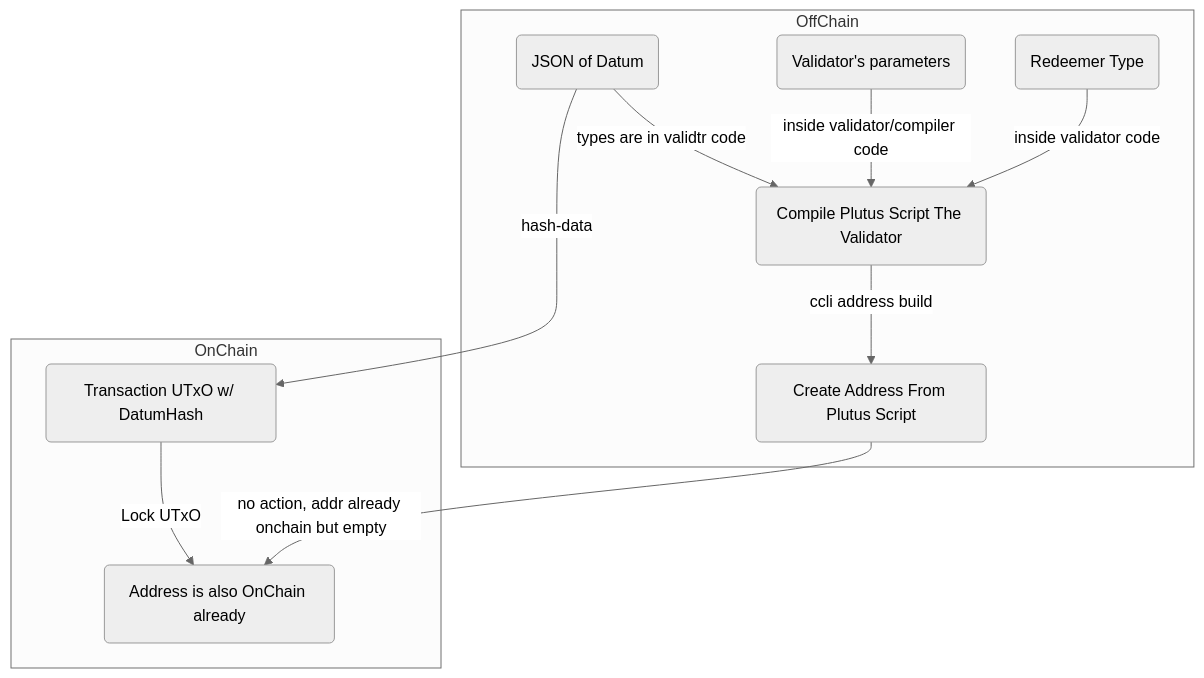
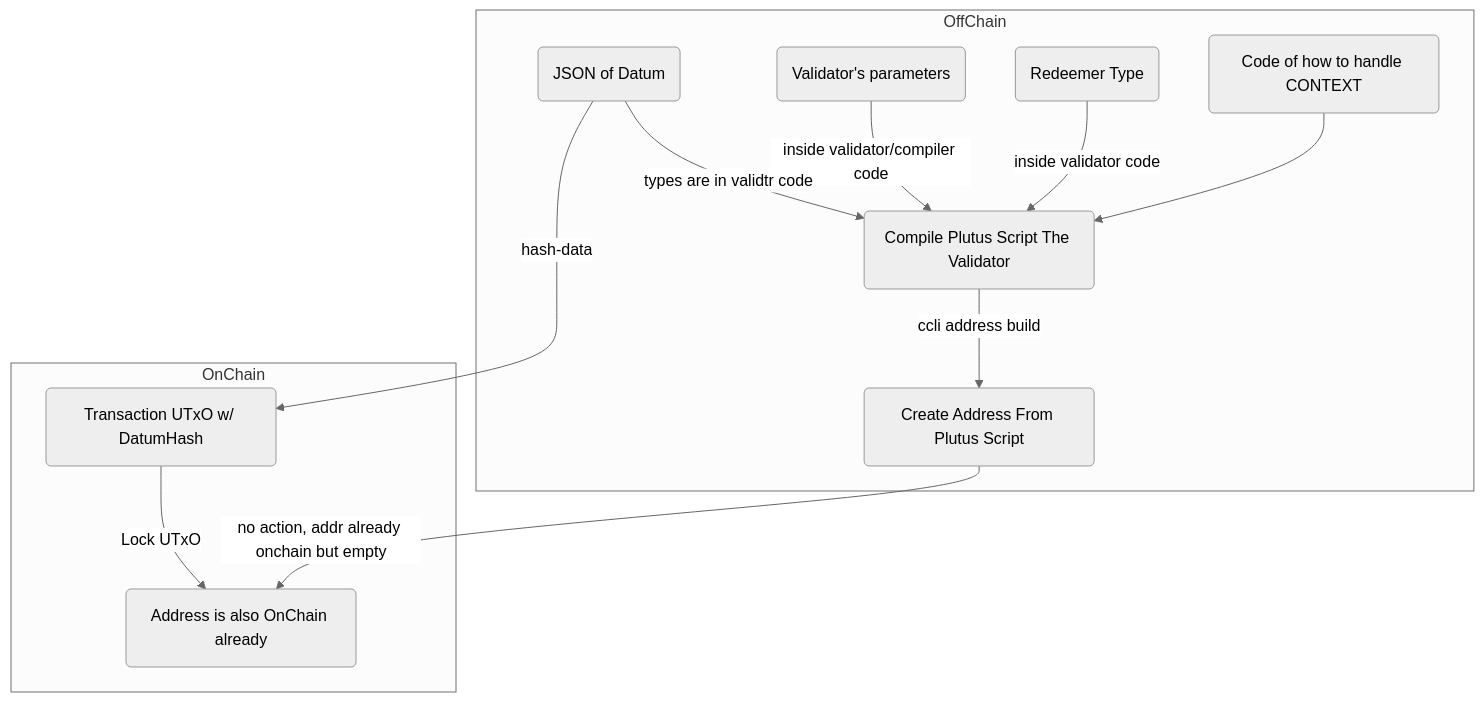
One commit to AskBid/note changed the fourth of 4 diagrams in plutus_note.md. Above: the diagram before and after it, drawn with Mermaid (neutral theme). The commit also changed other lines of this file and 5 other files, not shown here.

Commit message:
mod to plutus files github adding graphql next and react

````diff
--- a/plutus_note.md
+++ b/plutus_note.md
@@ -179,22 +181,24 @@
 ```mermaid
 graph TD
 subgraph OffChain
     A
     B
     J
     V
     R
+    X
 end
 subgraph OnChain
     C
     P
 end
 
 A(Compile Plutus Script The Validator) --> |ccli address build| B(Create Address From Plutus Script)
 R(Redeemer Type) --> |inside validator code| A
 V(Validator's parameters) --> |inside validator/compiler code| A
 J(JSON of Datum) --> |hash-data| C(Transaction UTxO w/ DatumHash)
 J --> |types are in validtr code| A
 C --> |Lock UTxO| P(Address is also OnChain already)
 B --> |no action, addr already onchain but empty| P
+X(Code of how to handle CONTEXT) --> A
 ```
````
